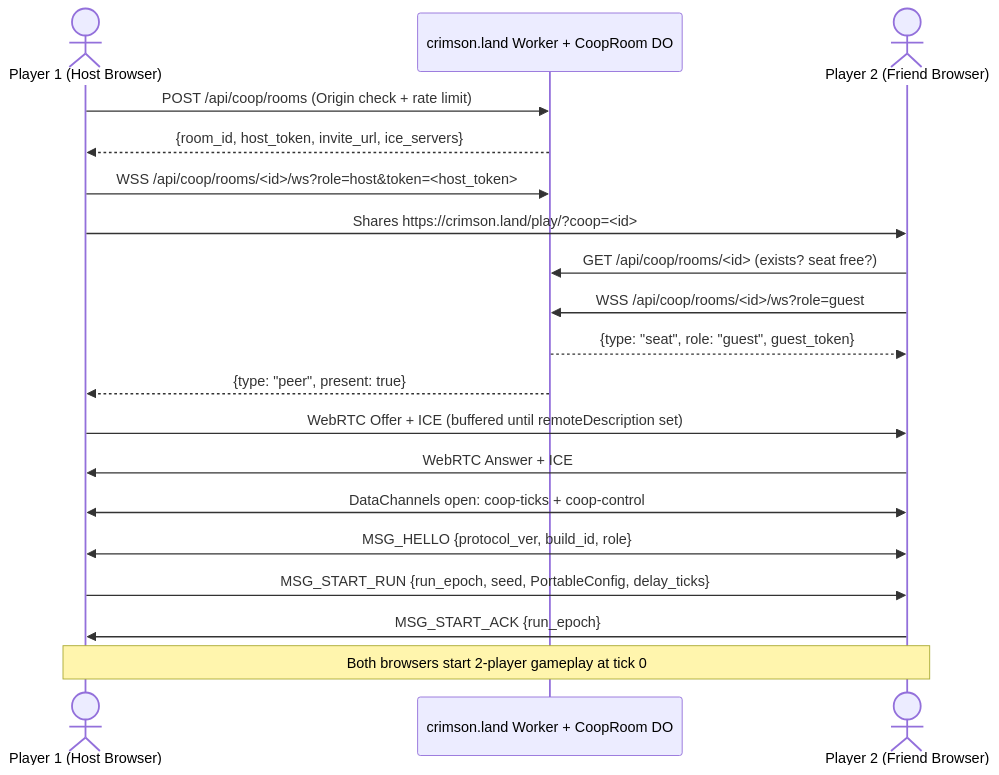
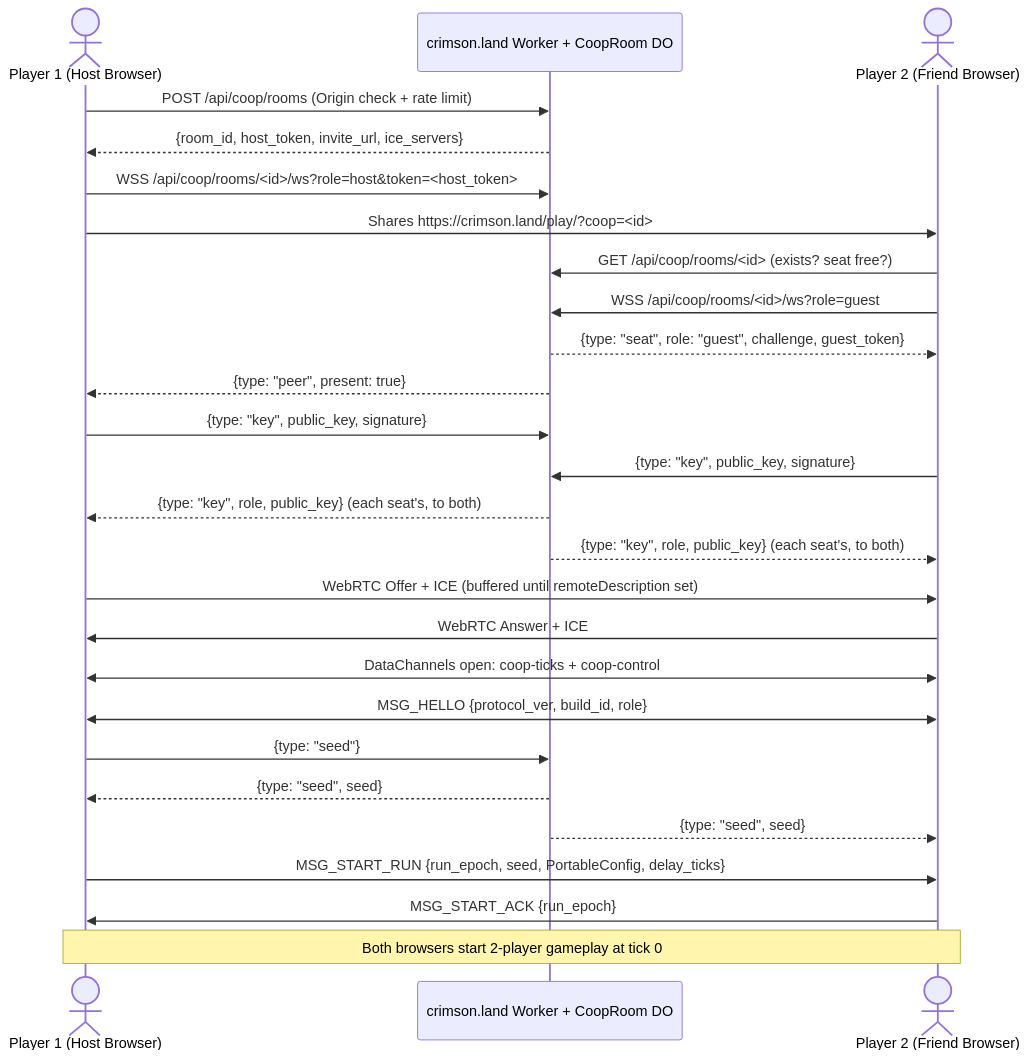
The diagram in docs/rewrite/network-coop.md (banteg/crimson), drawn with Mermaid before and after one commit. The commit also changed other lines of this file and 8 other files, not shown here.

````diff
--- a/docs/rewrite/network-coop.md
+++ b/docs/rewrite/network-coop.md
@@ -961,22 +975,29 @@
 ```mermaid
 sequenceDiagram
     actor Host as Player 1 (Host Browser)
     participant Worker as crimson.land Worker + CoopRoom DO
     actor Guest as Player 2 (Friend Browser)
 
     Host->>Worker: POST /api/coop/rooms (Origin check + rate limit)
     Worker-->>Host: {room_id, host_token, invite_url, ice_servers}
     Host->>Worker: WSS /api/coop/rooms/<id>/ws?role=host&token=<host_token>
     Host->>Guest: Shares https://crimson.land/play/?coop=<id>
     Guest->>Worker: GET /api/coop/rooms/<id> (exists? seat free?)
     Guest->>Worker: WSS /api/coop/rooms/<id>/ws?role=guest
-    Worker-->>Guest: {type: "seat", role: "guest", guest_token}
+    Worker-->>Guest: {type: "seat", role: "guest", challenge, guest_token}
     Worker-->>Host: {type: "peer", present: true}
+    Host->>Worker: {type: "key", public_key, signature}
+    Guest->>Worker: {type: "key", public_key, signature}
+    Worker-->>Host: {type: "key", role, public_key} (each seat's, to both)
+    Worker-->>Guest: {type: "key", role, public_key} (each seat's, to both)
     Host->>Guest: WebRTC Offer + ICE (buffered until remoteDescription set)
     Guest->>Host: WebRTC Answer + ICE
     Host<<->>Guest: DataChannels open: coop-ticks + coop-control
     Host<<->>Guest: MSG_HELLO {protocol_ver, build_id, role}
+    Host->>Worker: {type: "seed"}
+    Worker-->>Host: {type: "seed", seed}
+    Worker-->>Guest: {type: "seed", seed}
     Host->>Guest: MSG_START_RUN {run_epoch, seed, PortableConfig, delay_ticks}
     Guest->>Host: MSG_START_ACK {run_epoch}
     Note over Host,Guest: Both browsers start 2-player gameplay at tick 0
 ```
````
